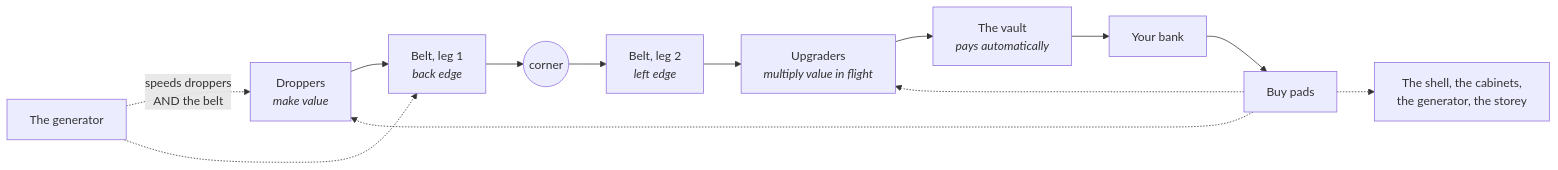
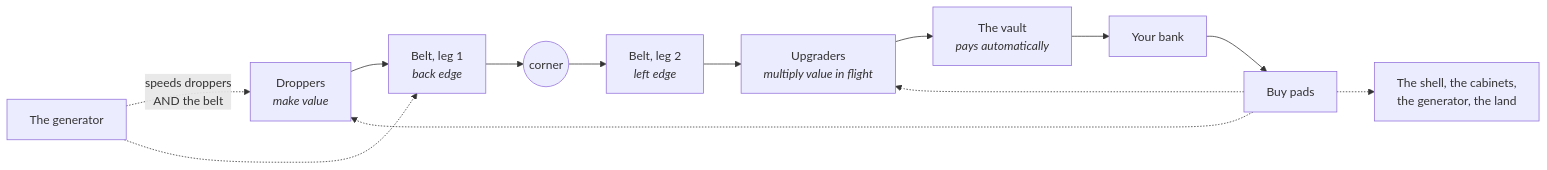
The third of 6 diagrams in docs/design/GAME.md (adit-rah/ttt), drawn with Mermaid before and after one commit. The commit also changed other lines of this file and 26 other files, not shown here.

````diff
--- a/docs/design/GAME.md
+++ b/docs/design/GAME.md
@@ -99,15 +99,15 @@
 ```mermaid
 flowchart LR
     D["Droppers<br/><i>make value</i>"] --> B1["Belt, leg 1<br/><i>back edge</i>"]
     B1 --> C(("corner"))
     C --> B2["Belt, leg 2<br/><i>left edge</i>"]
     B2 --> U["Upgraders<br/><i>multiply value in flight</i>"]
     U --> V["The vault<br/><i>pays automatically</i>"]
     V --> W["Your bank"]
     W --> P["Buy pads"]
     P -.-> D
     P -.-> U
-    P -.-> S["The shell, the cabinets,<br/>the generator, the storey"]
+    P -.-> S["The shell, the cabinets,<br/>the generator, the land"]
     G["The generator"] -.->|"speeds droppers<br/>AND the belt"| D
     G -.-> B1
 ```
````
